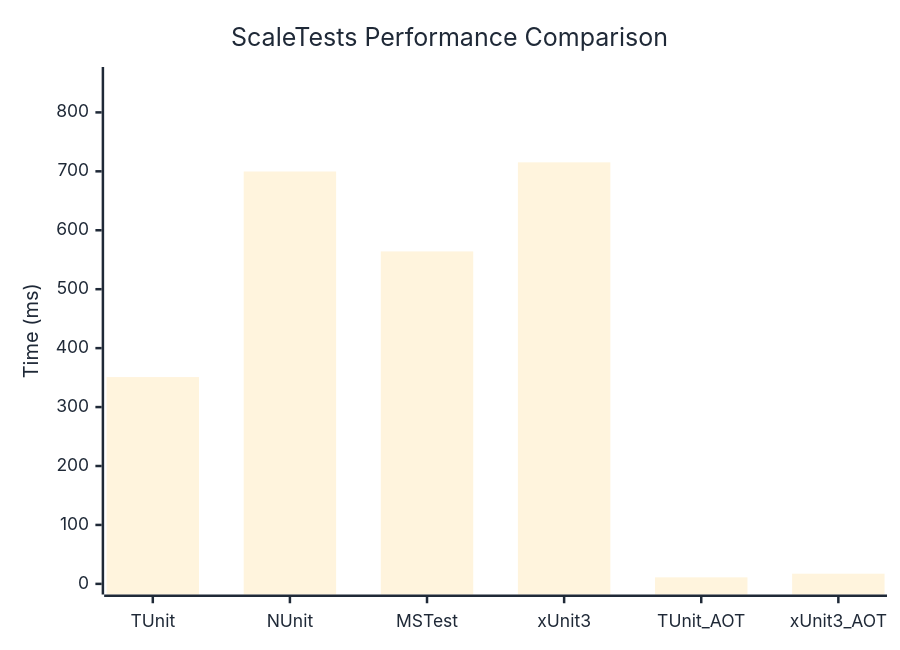
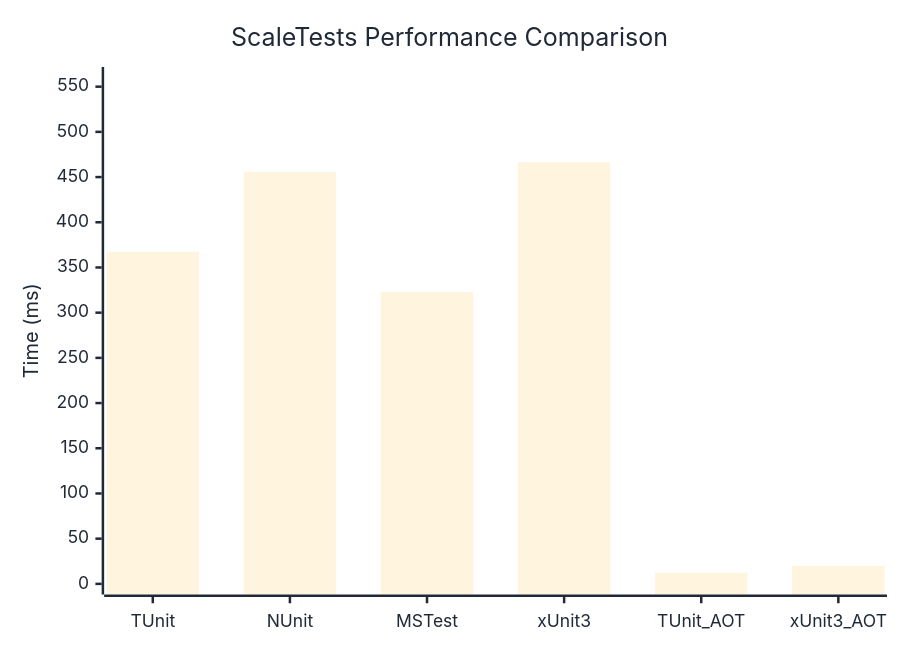
Before and after one commit to thomhurst/TUnit: the diagram in docs/docs/benchmarks/engine/ScaleTests.md, drawn with Mermaid. The commit also changed other lines of this file and 17 other files, not shown here.

````diff
--- a/docs/docs/benchmarks/engine/ScaleTests.md
+++ b/docs/docs/benchmarks/engine/ScaleTests.md
@@ -30,37 +30,37 @@
 ```mermaid
 %%{init: {
   'theme':'base',
   'themeVariables': {
     'primaryColor': '#2563eb',
     'primaryTextColor': '#1f2937',
     'primaryBorderColor': '#1e40af',
     'lineColor': '#6b7280',
     'secondaryColor': '#7c3aed',
     'tertiaryColor': '#dc2626',
     'background': '#ffffff',
     'mainBkg': '#2563eb',
     'secondBkg': '#7c3aed',
     'tertiaryBkg': '#dc2626',
     'clusterBkg': '#f3f4f6',
     'edgeLabelBackground': '#ffffff',
     'tertiaryTextColor': '#1f2937',
     'pie1': '#2563eb',
     'pie2': '#7c3aed',
     'pie3': '#dc2626',
     'pie4': '#f59e0b',
     'pie5': '#10b981',
     'pie6': '#06b6d4',
     'pie7': '#ec4899',
     'pie8': '#6366f1',
     'pie9': '#84cc16',
     'pie10': '#f97316',
     'pie11': '#14b8a6',
     'pie12': '#a855f7'
   }
 }}%%
 xychart-beta
   title "ScaleTests Performance Comparison"
   x-axis ["TUnit", "NUnit", "MSTest", "xUnit3", "TUnit_AOT", "xUnit3_AOT"]
-  y-axis "Time (ms)" 0 --> 859
-  bar [350.88, 699.73, 564.12, 715.25, 11.08, 17.26]
+  y-axis "Time (ms)" 0 --> 560
+  bar [367.45, 455.41, 322.89, 466.43, 12.35, 19.82]
 ```
````
